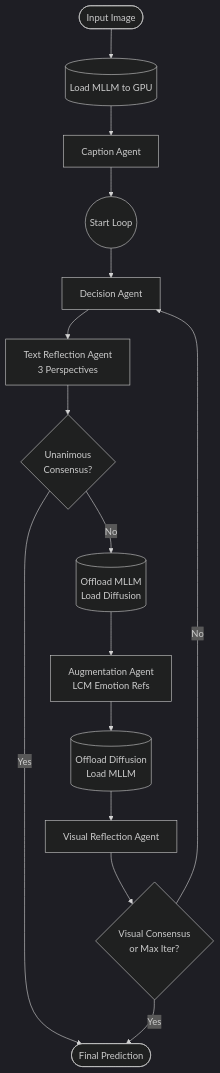
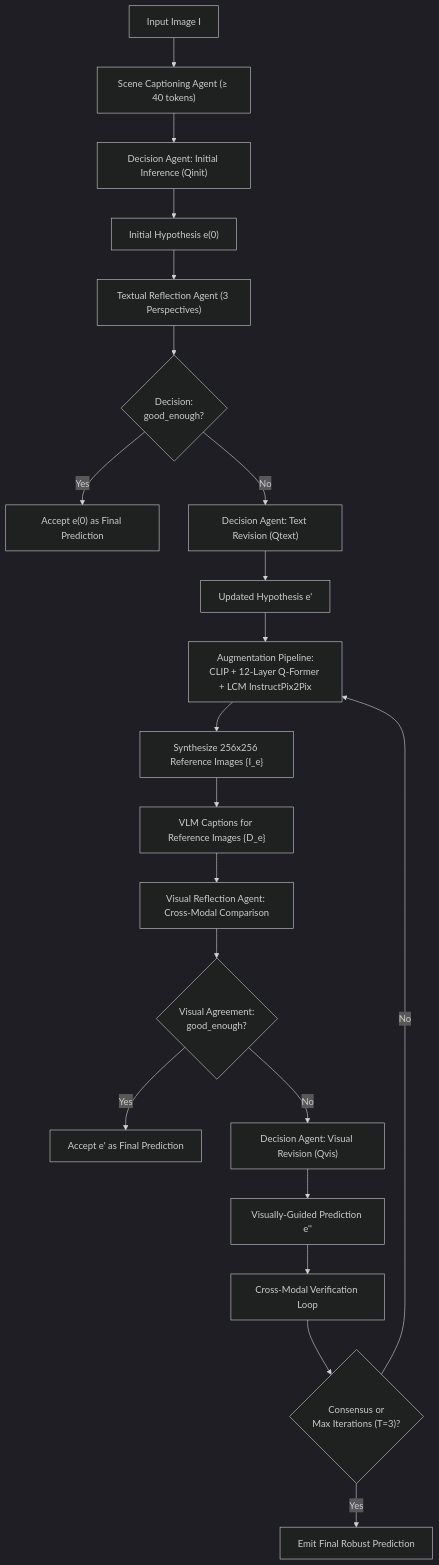
Before and after one commit to ermadanvk-afk/Mermaid-Project-ML: the second of 3 diagrams in README.md, drawn with Mermaid (dark theme). The commit also changed other lines of this file and 27 other files, not shown here.

````diff
--- a/README.md
+++ b/README.md
@@ -65,21 +83,30 @@
 ```mermaid
 flowchart TD
-    Start([Input Image]) --> LoadMLLM[(Load MLLM to GPU)]
-    LoadMLLM --> Cap[Caption Agent]
-    Cap --> LoopStart((Start Loop))
+    Input["Input Image I"] --> CapNode["Scene Captioning Agent (≥ 40 tokens)"]
+    CapNode --> DecInit["Decision Agent: Initial Inference (Qinit)"]
+    DecInit --> Pred0["Initial Hypothesis e(0)"]
     
-    LoopStart --> Dec[Decision Agent]
-    Dec --> TReflect[Text Reflection Agent<br>3 Perspectives]
-    TReflect --> TDecision{Unanimous<br>Consensus?}
+    Pred0 --> TextAudit["Textual Reflection Agent (3 Perspectives)"]
+    TextAudit --> TextGate{"Decision:<br>good_enough?"}
     
-    TDecision -- "Yes" --> EndNode([Final Prediction])
+    TextGate -- "Yes" --> AcceptE0["Accept e(0) as Final Prediction"]
+    TextGate -- "No" --> DecText["Decision Agent: Text Revision (Qtext)"]
     
-    TDecision -- "No" --> Swap1[(Offload MLLM<br>Load Diffusion)]
-    Swap1 --> Aug[Augmentation Agent<br>LCM Emotion Refs]
-    Aug --> Swap2[(Offload Diffusion<br>Load MLLM)]
-    Swap2 --> VReflect[Visual Reflection Agent]
+    DecText --> PredPrime["Updated Hypothesis e'"]
+    PredPrime --> AugPipeline["Augmentation Pipeline:<br>CLIP + 12-Layer Q-Former + LCM InstructPix2Pix"]
     
-    VReflect --> VDecision{Visual Consensus<br>or Max Iter?}
-    VDecision -- "Yes" --> EndNode
-    VDecision -- "No" --> Dec
+    AugPipeline --> RefSynth["Synthesize 256x256 Reference Images {I_e}"]
+    RefSynth --> RefCap["VLM Captions for Reference Images {D_e}"]
+    RefCap --> VisAudit["Visual Reflection Agent: Cross-Modal Comparison"]
+    
+    VisAudit --> VisGate{"Visual Agreement:<br>good_enough?"}
+    VisGate -- "Yes" --> AcceptEPrime["Accept e' as Final Prediction"]
+    VisGate -- "No" --> DecVis["Decision Agent: Visual Revision (Qvis)"]
+    
+    DecVis --> PredDoublePrime["Visually-Guided Prediction e''"]
+    PredDoublePrime --> VerifyNode["Cross-Modal Verification Loop"]
+    VerifyNode --> FinalCheck{"Consensus or<br>Max Iterations (T=3)?"}
+    
+    FinalCheck -- "No" --> AugPipeline
+    FinalCheck -- "Yes" --> OutputFinal["Emit Final Robust Prediction"]
 ```
````
